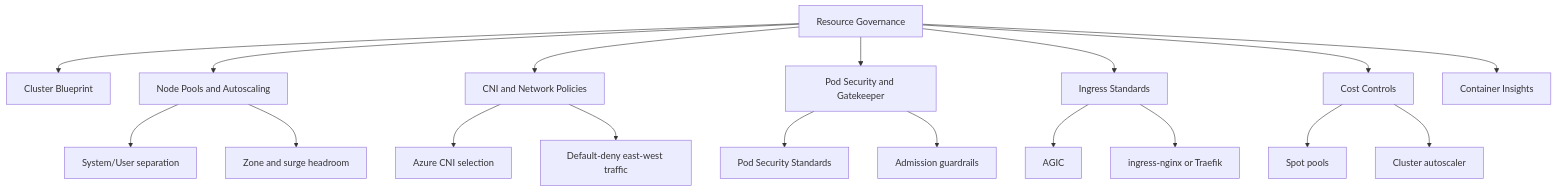
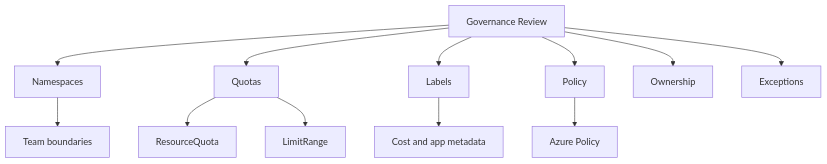
The diagram in docs/best-practices/resource-governance.md (yeongseon/azure-kubernetes-service-practical-guide), drawn with Mermaid before and after one commit. The commit also changed other lines of this file and 8 other files, not shown here.

````diff
--- a/docs/best-practices/resource-governance.md
+++ b/docs/best-practices/resource-governance.md
@@ -32,20 +42,14 @@
 ```mermaid
 flowchart TD
-    A[Resource Governance] --> B[Cluster Blueprint]
-    A --> C[Node Pools and Autoscaling]
-    A --> D[CNI and Network Policies]
-    A --> E[Pod Security and Gatekeeper]
-    A --> F[Ingress Standards]
-    A --> G[Cost Controls]
-    A --> H[Container Insights]
-    C --> C1[System/User separation]
-    C --> C2[Zone and surge headroom]
-    D --> D1[Azure CNI selection]
-    D --> D2[Default-deny east-west traffic]
-    E --> E1[Pod Security Standards]
-    E --> E2[Admission guardrails]
-    F --> F1[AGIC]
-    F --> F2[ingress-nginx or Traefik]
-    G --> G1[Spot pools]
-    G --> G2[Cluster autoscaler]
+    A[Governance Review] --> B[Namespaces]
+    A --> C[Quotas]
+    A --> D[Labels]
+    A --> E[Policy]
+    A --> F[Ownership]
+    A --> G[Exceptions]
+    B --> B1[Team boundaries]
+    C --> C1[ResourceQuota]
+    C --> C2[LimitRange]
+    D --> D1[Cost and app metadata]
+    E --> E1[Azure Policy]
 ```
````
